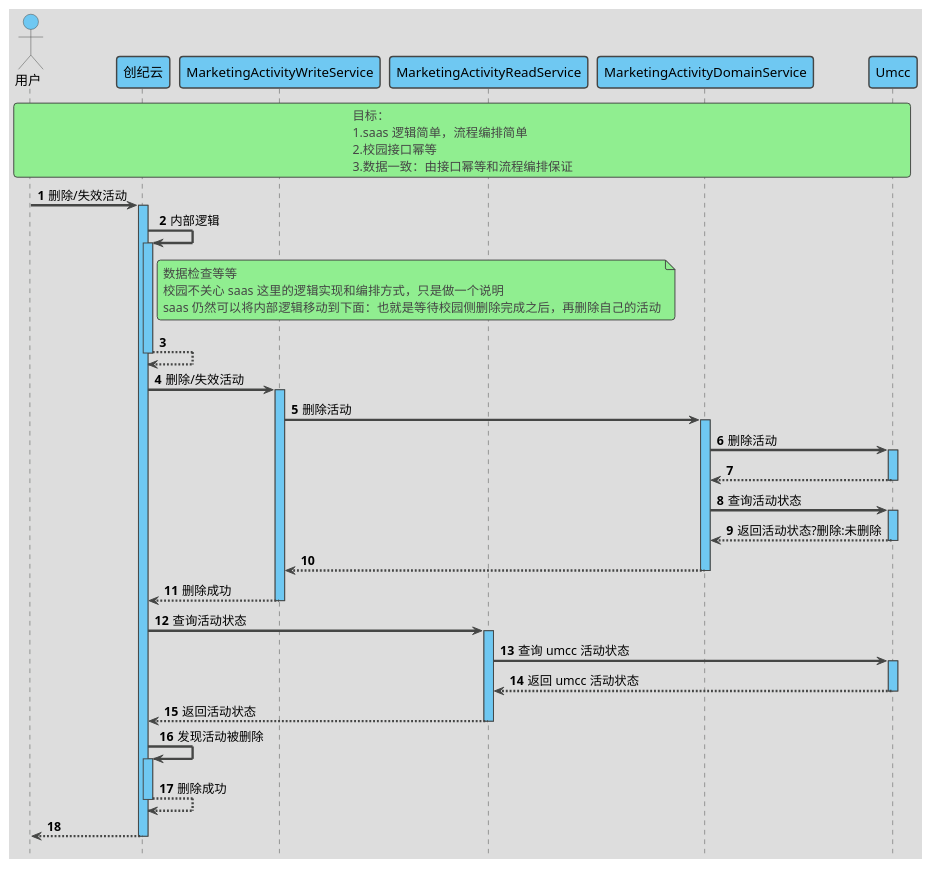
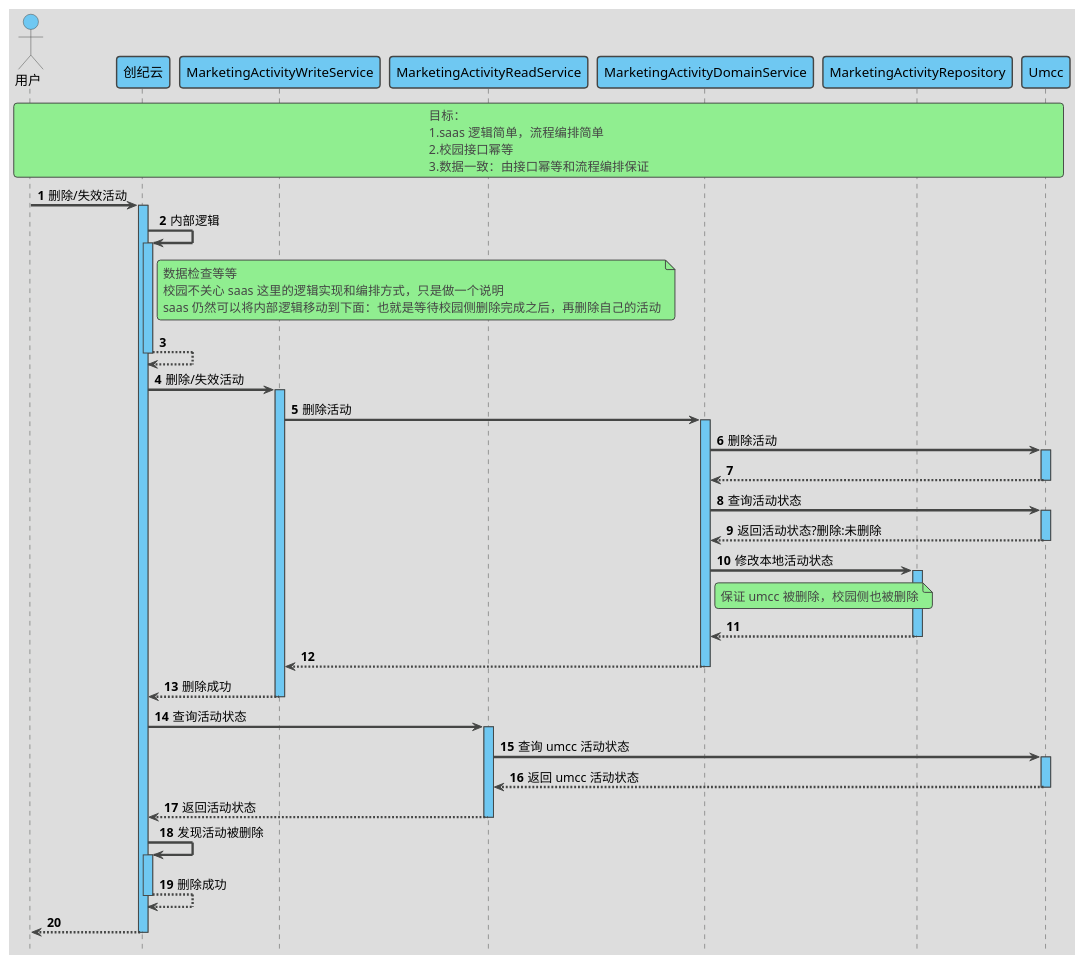
Before and after one commit to xauvlove/uml: the diagram in src/main/resource/天猫校园/营销/基本框架/删除或失效活动.puml, drawn with PlantUML. The commit also changed 3 other files, not shown here.

```diff
--- a/src/main/resource/天猫校园/营销/基本框架/删除或失效活动.puml
+++ b/src/main/resource/天猫校园/营销/基本框架/删除或失效活动.puml
@@ -1,82 +1,88 @@
 @startuml
 
 'https://plantuml.com/sequence-diagram
 
 '隐藏脚注
 hide footbox
 
 '使用 toy 主题
 !theme toy
 
 '自动激活
 autoActivate on
 
 '编号
 autonumber 1
 
 '隐藏孤立的参与者
 hide unlinked
 
 '文字对齐，向左对齐
 skinparam sequenceMessageAlign left
 
 '箭头粗度
 skinparam sequenceArrowThickness 2.5
 
 ' 皮肤
 skinparam sequence {
     LifeLineBackgroundColor #6FC8F2
     ParticipantBackgroundColor #6FC8F2
     ParticipantFontColor black
     ActorBackgroundColor #6FC8F2
     ActorFontColor black
 }
 
 actor 用户 as user
 participant 创纪云 as saas
 participant MarketingActivityWriteService as MarketingActivityWriteService
 participant MarketingActivityReadService as MarketingActivityReadService
 participant MarketingActivityDomainService as MarketingActivityDomainService
 participant MarketingActivityAdapter as MarketingActivityAdapter
 participant MarketingActivityRepository as MarketingActivityRepository
 participant Umcc as Umcc
 
 rnote across
     目标：
     1.saas 逻辑简单，流程编排简单
     2.校园接口幂等
     3.数据一致：由接口幂等和流程编排保证
 end note
 
 user -> saas : 删除/失效活动
 
 saas -> saas : 内部逻辑
 note right of saas
     数据检查等等
     校园不关心 saas 这里的逻辑实现和编排方式，只是做一个说明
     saas 仍然可以将内部逻辑移动到下面：也就是等待校园侧删除完成之后，再删除自己的活动
 end note
 return
 
 saas -> MarketingActivityWriteService : 删除/失效活动
 
 MarketingActivityWriteService -> MarketingActivityDomainService : 删除活动
 
 MarketingActivityDomainService -> Umcc : 删除活动
 return
 
 MarketingActivityDomainService -> Umcc : 查询活动状态
 return 返回活动状态?删除:未删除
+
+MarketingActivityDomainService -> MarketingActivityRepository : 修改本地活动状态
+note right of MarketingActivityDomainService
+    保证 umcc 被删除，校园侧也被删除
+end note
+return
 return
 return 删除成功
 
 saas -> MarketingActivityReadService : 查询活动状态
 MarketingActivityReadService -> Umcc : 查询 umcc 活动状态
 return 返回 umcc 活动状态
 return 返回活动状态
 saas -> saas : 发现活动被删除
 return 删除成功
 return
 
 
 @enduml
```
